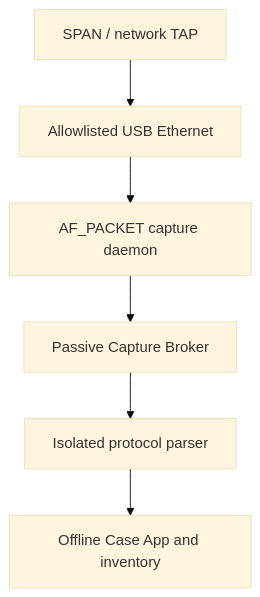
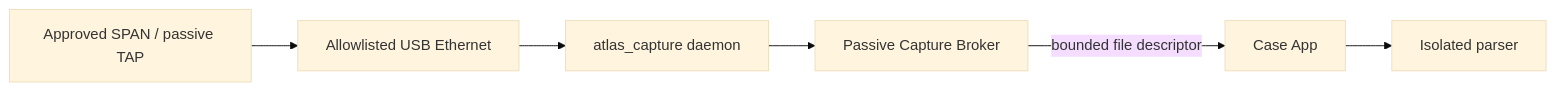
Before and after one commit to charifmahmoudi/mobile-ot-security-assessment: the diagram in docs/architecture/DEDICATED-ANDROID-APPLIANCE.md, drawn with Mermaid (base theme). The commit also changed other lines of this file and 37 other files, not shown here.

````diff
--- a/docs/architecture/DEDICATED-ANDROID-APPLIANCE.md
+++ b/docs/architecture/DEDICATED-ANDROID-APPLIANCE.md
@@ -28,8 +11,8 @@
 ```mermaid
-flowchart TD
-  TAP["SPAN / network TAP"] --> NIC["Allowlisted USB Ethernet"]
-  NIC --> DAEMON["AF_PACKET capture daemon"]
+flowchart LR
+  TAP["Approved SPAN / passive TAP"] --> NIC["Allowlisted USB Ethernet"]
+  NIC --> DAEMON["atlas_capture daemon"]
   DAEMON --> CB["Passive Capture Broker"]
-  CB --> PARSER["Isolated protocol parser"]
-  PARSER --> APP["Offline Case App and inventory"]
+  CB -->|"bounded file descriptor"| APP["Case App"]
+  APP --> PARSER["Isolated parser"]
 ```
````
